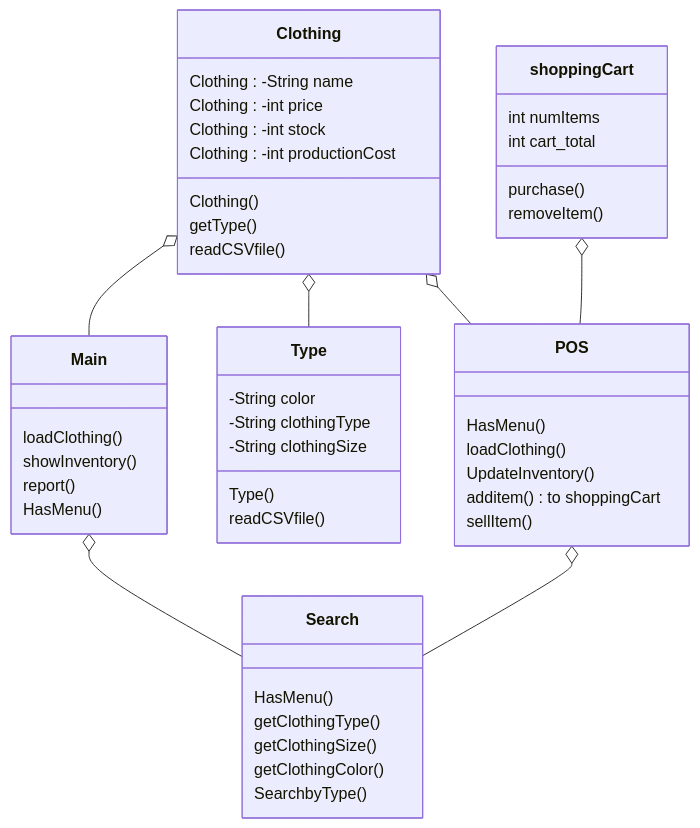
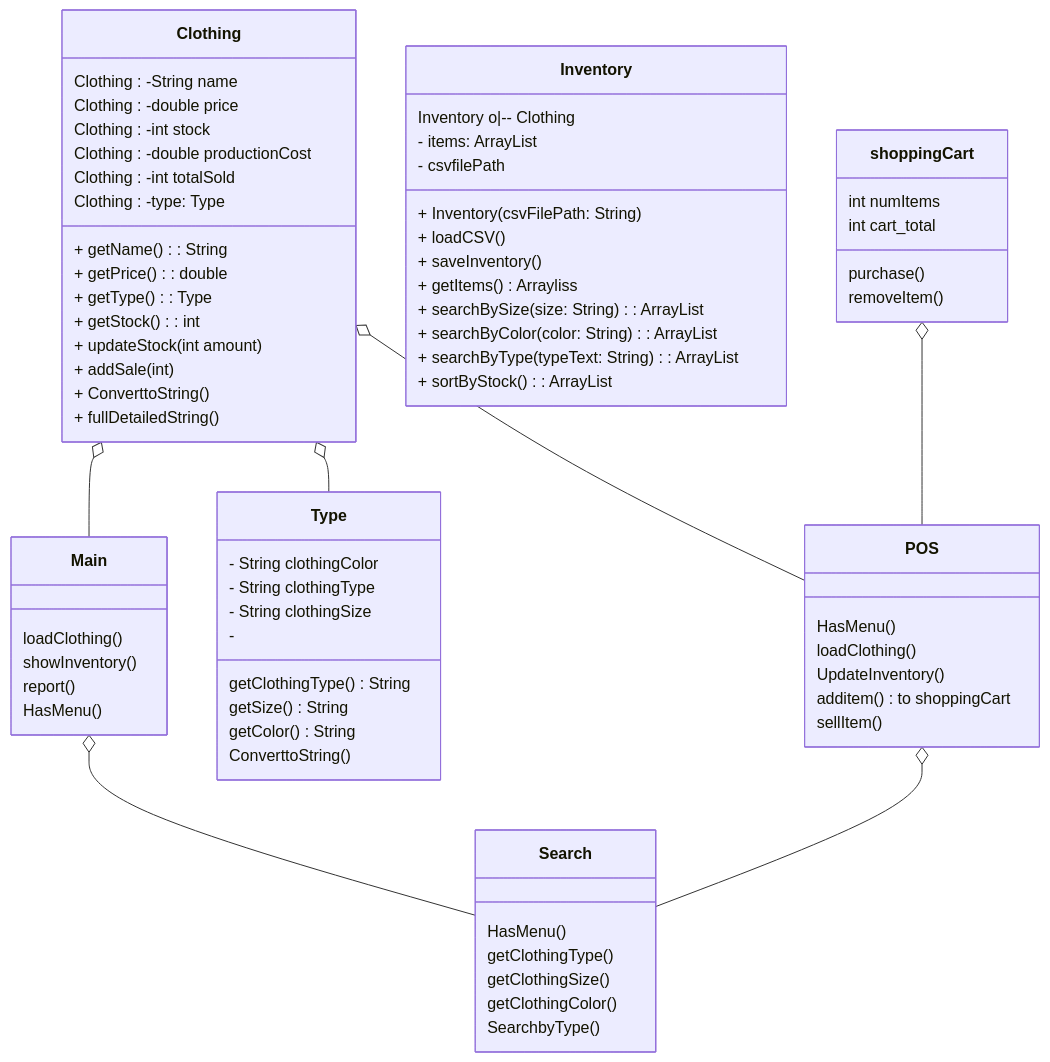
The diagram in README.md (EthanRGraham/Final_Project_CS121), drawn with Mermaid before and after one commit. The commit also changed other lines of this file, not shown here.

Commit message:
edited the UML some

````diff
--- a/README.md
+++ b/README.md
@@ -33,59 +38,83 @@
 ```mermaid
 classDiagram
     Main o-- Search
     class Main{
         loadClothing()
         showInventory()
         report()
         HasMenu()
     }
     Clothing o-- Main
     Clothing o-- Type
     class Clothing{
         Clothing : -String name
-        Clothing : -int price
+        Clothing : -double price
         Clothing : -int stock
-        Clothing : -int productionCost
+        Clothing : -double productionCost
+        Clothing : -int totalSold 
+        Clothing : -type: Type
     
-        Clothing()
-        getType()
-        readCSVfile()
+        + getName(): String
+        + getPrice(): double
+        + getType(): Type
+        + getStock(): int
+        + updateStock(int amount)
+        + addSale(int)
+        + ConverttoString()
+        + fullDetailedString()
     }
     class Type{
-        -String color
-        -String clothingType
-        -String clothingSize
-        Type()
-        readCSVfile()
+        - String clothingColor
+        - String clothingType
+        - String clothingSize
+        - 
+        getClothingType() String
+        getSize() String
+        getColor() String
+        ConverttoString()
+    }
+    class Inventory{
+       Inventory  o|-- Clothing
+        - items: ArrayList<Clothing>  
+        - csvfilePath
+
+        + Inventory(csvFilePath: String)
+        + loadCSV()
+        + saveInventory()
+        + getItems() Arrayliss<Clothing>
+        + searchBySize(size: String): ArrayList<Clothing>
+        + searchByColor(color: String): ArrayList<Clothing>
+        + searchByType(typeText: String): ArrayList<Clothing>
+        + sortByStock(): ArrayList<Clothing>
     }
     class Search{
         HasMenu()
         getClothingType()
         getClothingSize()
         getClothingColor()
         SearchbyType()
 
     }
     POS o-- Search
     Clothing o-- POS
     class POS {
         HasMenu()
         loadClothing()
         UpdateInventory()
         additem() to shoppingCart
         sellItem()
 
     }
 shoppingCart o-- POS
 class shoppingCart{
     int numItems
     int cart_total
     purchase()
     removeItem()
 
 }
 
 
 
 
 ```
````
